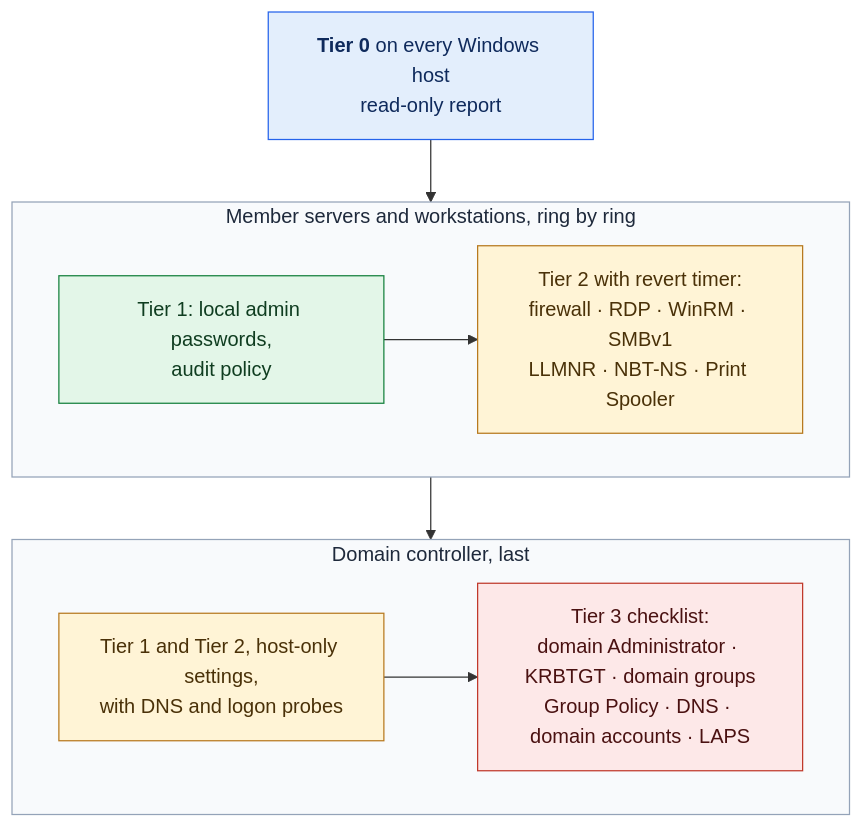
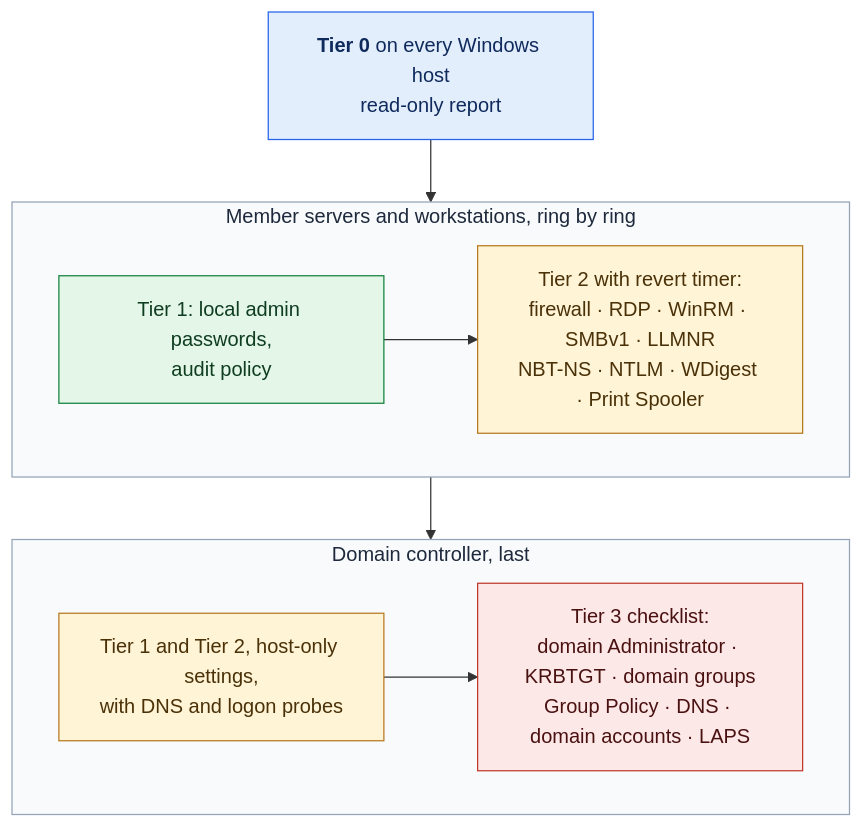
One commit to dotnetdork/Labyrinth changed the diagram in docs/design/11-Windows-and-AD-Hardening.md. Above: the diagram before and after it, drawn with Mermaid. The commit also changed other lines of this file and 14 other files, not shown here.

````diff
--- a/docs/design/11-Windows-and-AD-Hardening.md
+++ b/docs/design/11-Windows-and-AD-Hardening.md
@@ -34,21 +48,21 @@
 ```mermaid
 flowchart TD
     T0["<b>Tier 0</b> on every Windows host<br/>read-only report"] --> MEM
     subgraph MEM["Member servers and workstations, ring by ring"]
-        M1["Tier 1: local admin passwords,<br/>audit policy"] --> M2["Tier 2 with revert timer:<br/>firewall · RDP · WinRM · SMBv1<br/>LLMNR · NBT-NS · Print Spooler"]
+        M1["Tier 1: local admin passwords,<br/>audit policy"] --> M2["Tier 2 with revert timer:<br/>firewall · RDP · WinRM · SMBv1 · LLMNR<br/>NBT-NS · NTLM · WDigest · Print Spooler"]
     end
     MEM --> DC
     subgraph DC["Domain controller, last"]
         D1["Tier 1 and Tier 2, host-only settings,<br/>with DNS and logon probes"] --> D3["Tier 3 checklist:<br/>domain Administrator · KRBTGT · domain groups<br/>Group Policy · DNS · domain accounts · LAPS"]
     end
     classDef observe fill:#e3eefc,stroke:#2563eb,color:#0f2a5c
     classDef ok fill:#e3f6e8,stroke:#15803d,color:#0f3d20
     classDef human fill:#fff4d6,stroke:#b7791f,color:#4a3108
     classDef lockout fill:#fde8e8,stroke:#c0392b,color:#4a1111
     class T0 observe
     class M1 ok
     class M2,D1 human
     class D3 lockout
     style MEM fill:#f8fafc,stroke:#94a3b8,color:#1e293b
     style DC fill:#f8fafc,stroke:#94a3b8,color:#1e293b
 ```
````
